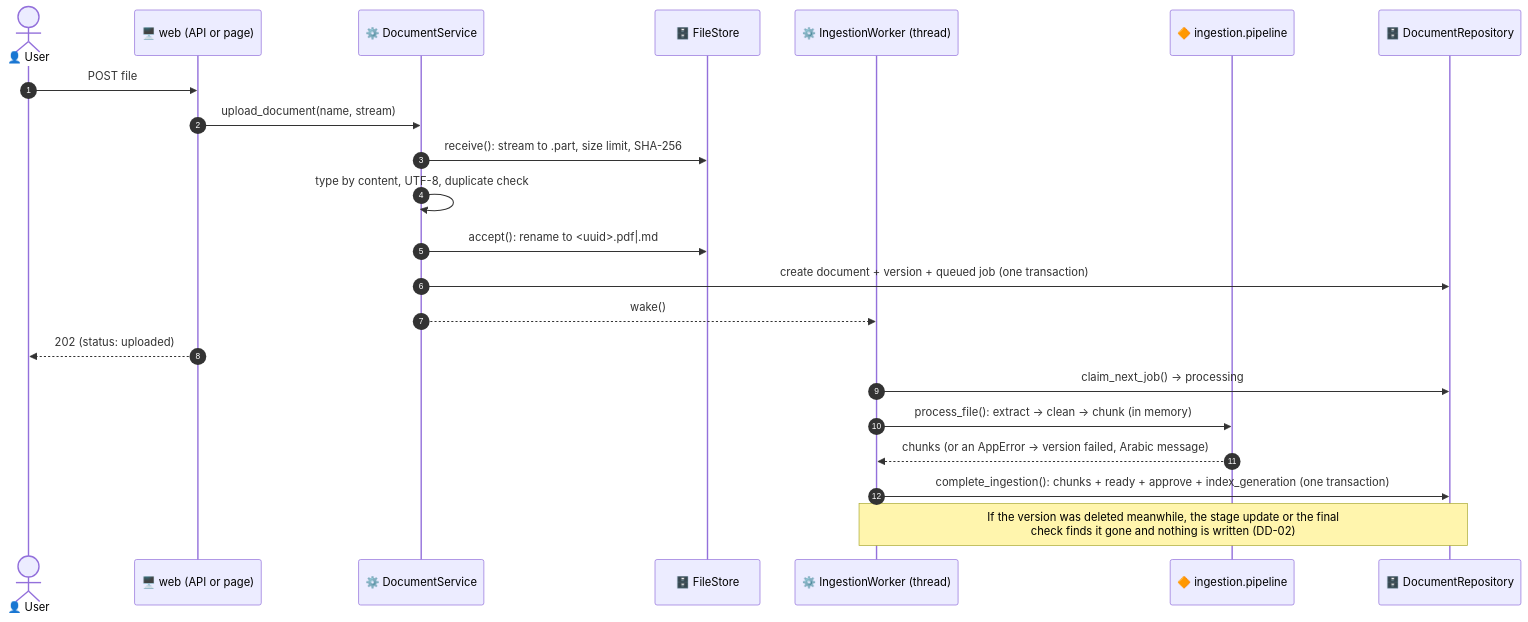
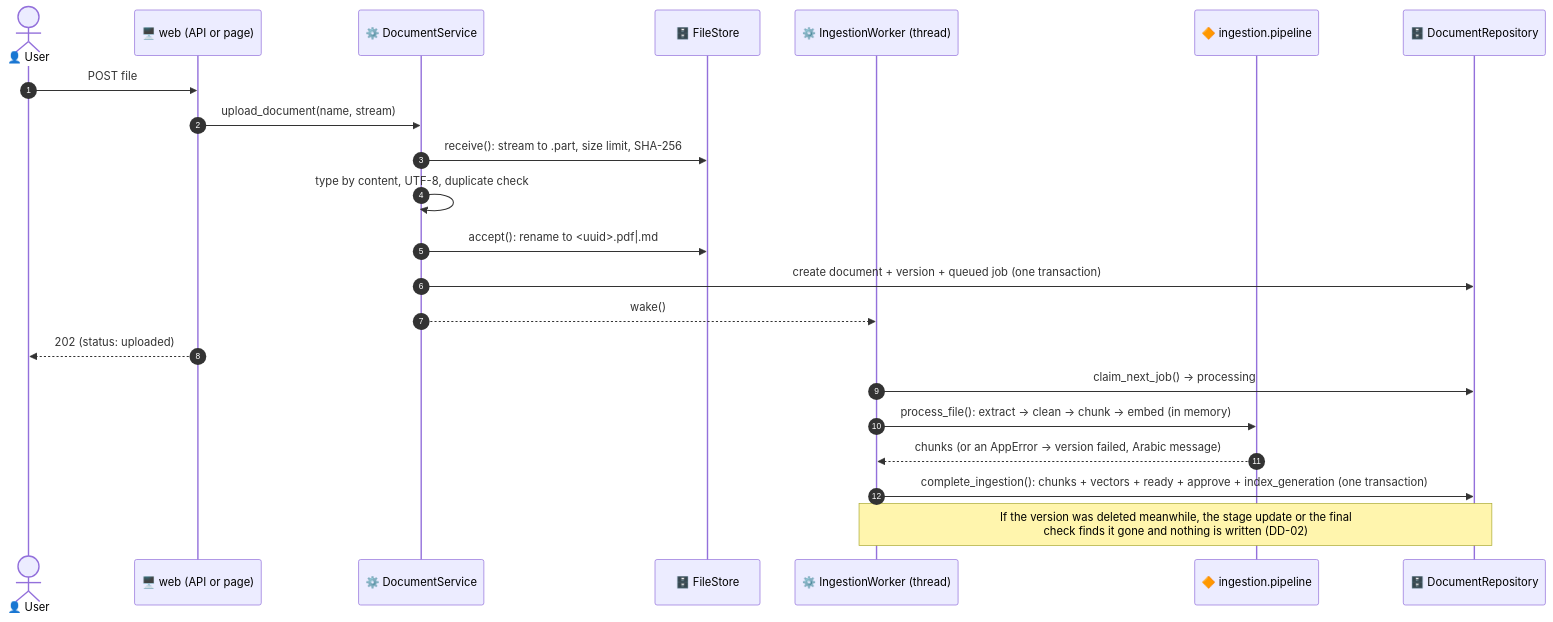
The third of 3 diagrams in docs/06_DEVELOPER_GUIDE.md (videomontage675-design/rag-ai-project), drawn with Mermaid before and after one commit. The commit also changed other lines of this file and 6 other files, not shown here.

````diff
--- a/docs/06_DEVELOPER_GUIDE.md
+++ b/docs/06_DEVELOPER_GUIDE.md
@@ -204,25 +206,25 @@
 ```mermaid
 sequenceDiagram
     autonumber
     actor U as 👤 User
     participant A as 🖥️ web (API or page)
     participant S as ⚙️ DocumentService
     participant F as 🗄️ FileStore
     participant W as ⚙️ IngestionWorker (thread)
     participant P as 🔶 ingestion.pipeline
     participant R as 🗄️ DocumentRepository
 
     U->>A: POST file
     A->>S: upload_document(name, stream)
     S->>F: receive(): stream to .part, size limit, SHA-256
     S->>S: type by content, UTF-8, duplicate check
     S->>F: accept(): rename to <uuid>.pdf|.md
     S->>R: create document + version + queued job (one transaction)
     S-->>W: wake()
     A-->>U: 202 (status: uploaded)
     W->>R: claim_next_job() → processing
-    W->>P: process_file(): extract → clean → chunk (in memory)
+    W->>P: process_file(): extract → clean → chunk → embed (in memory)
     P-->>W: chunks (or an AppError → version failed, Arabic message)
-    W->>R: complete_ingestion(): chunks + ready + approve + index_generation (one transaction)
+    W->>R: complete_ingestion(): chunks + vectors + ready + approve + index_generation (one transaction)
     Note over W,R: If the version was deleted meanwhile, the stage update or the final<br/>check finds it gone and nothing is written (DD-02)
 ```
````
